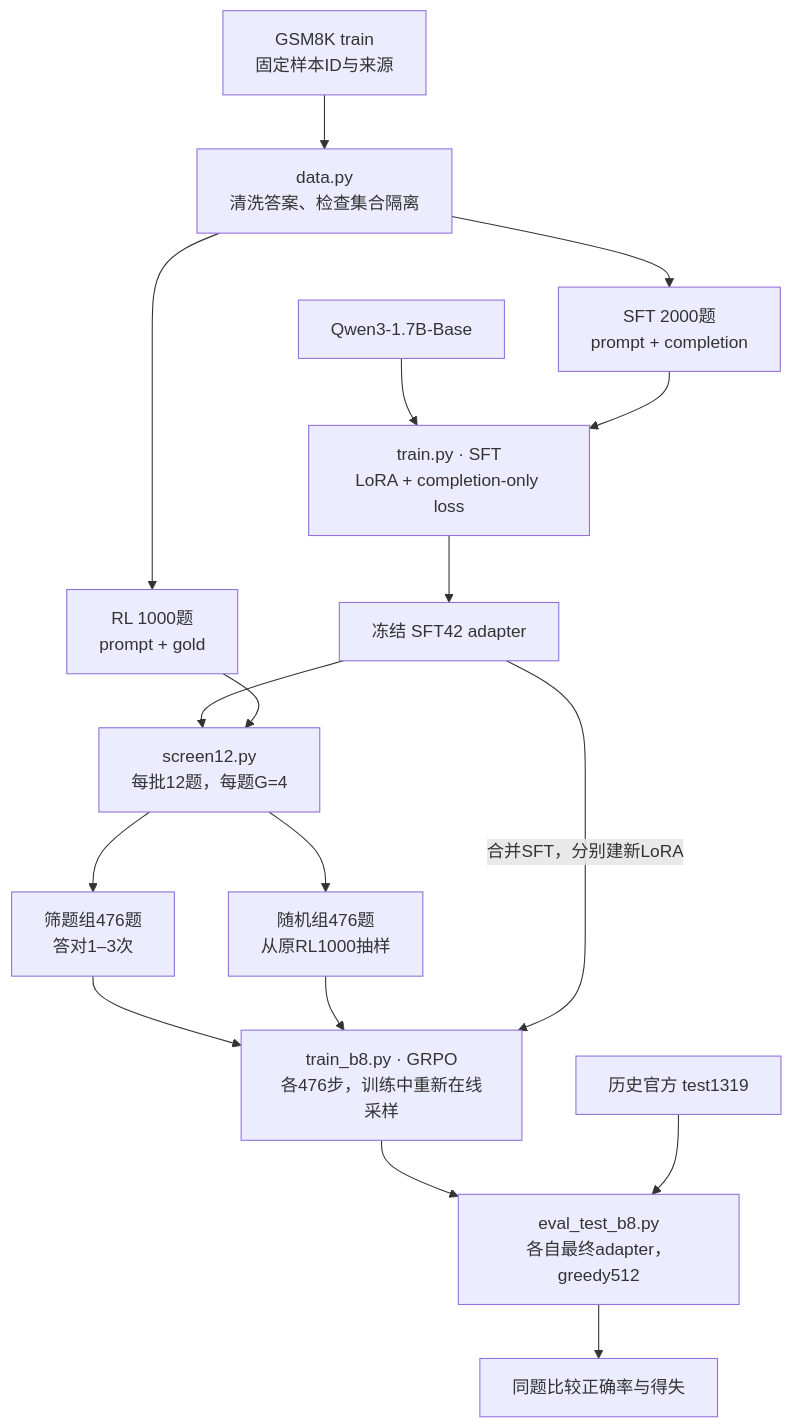
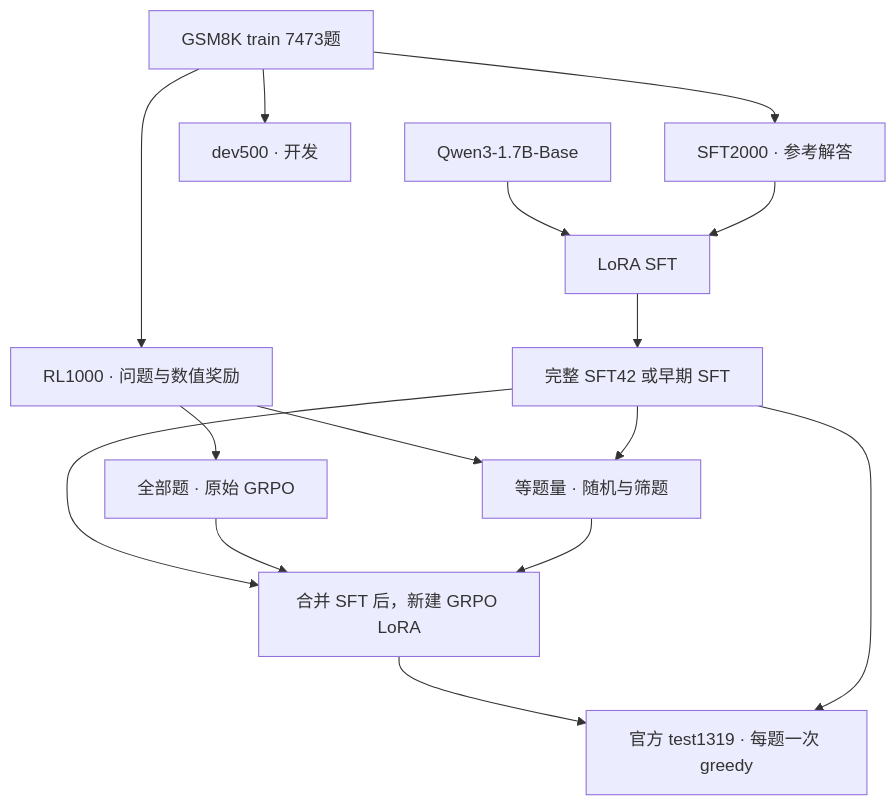
Before and after one commit to Tiejiaxiaobao30/qwen3-math-posttraining: the diagram in README.md, drawn with Mermaid. The commit also changed other lines of this file and 12 other files, not shown here.

````diff
--- a/README.md
+++ b/README.md
@@ -34,19 +56,17 @@
 ```mermaid
 flowchart TD
-    A["GSM8K train<br/>固定样本ID与来源"] --> D["data.py<br/>清洗答案、检查集合隔离"]
-    D --> S["SFT 2000题<br/>prompt + completion"]
-    D --> R["RL 1000题<br/>prompt + gold"]
-    B["Qwen3-1.7B-Base"] --> T["train.py · SFT<br/>LoRA + completion-only loss"]
+    A[GSM8K train 7473题] --> S[SFT2000 · 参考解答]
+    A --> R[RL1000 · 问题与数值奖励]
+    A --> D[dev500 · 开发]
+    B[Qwen3-1.7B-Base] --> T[LoRA SFT]
     S --> T
-    T --> P["冻结 SFT42 adapter"]
-    P --> C["screen12.py<br/>每批12题，每题G=4"]
-    R --> C
-    C --> I["筛题组476题<br/>答对1–3次"]
-    C --> N["随机组476题<br/>从原RL1000抽样"]
-    I --> G["train_b8.py · GRPO<br/>各476步，训练中重新在线采样"]
-    N --> G
-    P -->|合并SFT，分别建新LoRA| G
-    G --> E["eval_test_b8.py<br/>各自最终adapter，greedy512"]
-    O["历史官方 test1319"] --> E
-    E --> X["同题比较正确率与得失"]
+    T --> W[完整 SFT42 或早期 SFT]
+    R --> R1[全部题 · 原始 GRPO]
+    R --> R2[等题量 · 随机与筛题]
+    W --> R2
+    W --> G[合并 SFT 后，新建 GRPO LoRA]
+    R1 --> G
+    R2 --> G
+    G --> E[官方 test1319 · 每题一次 greedy]
+    W --> E
 ```
````
